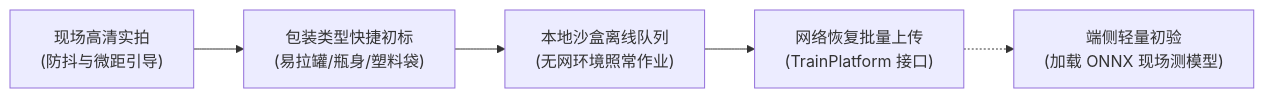
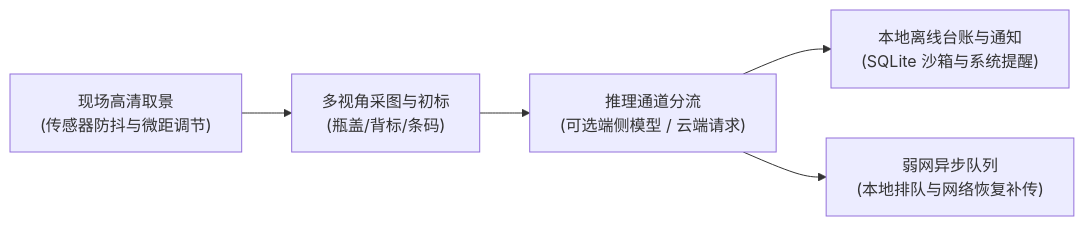
The diagram in README.md (QingMouFoodDate/MobileClient), drawn with Mermaid before and after one commit. The commit also changed other lines of this file, not shown here.

````diff
--- a/README.md
+++ b/README.md
@@ -12,7 +12,7 @@
 ```mermaid
 flowchart LR
-    A["现场高清实拍<br/>(防抖与微距引导)"] --> B["包装类型快捷初标<br/>(易拉罐/瓶身/塑料袋)"]
-    B --> C["本地沙盒离线队列<br/>(无网环境照常作业)"]
-    C --> D["网络恢复批量上传<br/>(TrainPlatform 接口)"]
-    D -.-> E["端侧轻量初验<br/>(加载 ONNX 现场测模型)"]
+    A["现场高清取景<br/>(传感器防抖与微距调节)"] --> B["多视角采图与初标<br/>(瓶盖/背标/条码)"]
+    B --> C["推理通道分流<br/>(可选端侧模型 / 云端请求)"]
+    C --> D["本地离线台账与通知<br/>(SQLite 沙箱与系统提醒)"]
+    C --> E["弱网异步队列<br/>(本地排队与网络恢复补传)"]
 ```
````
